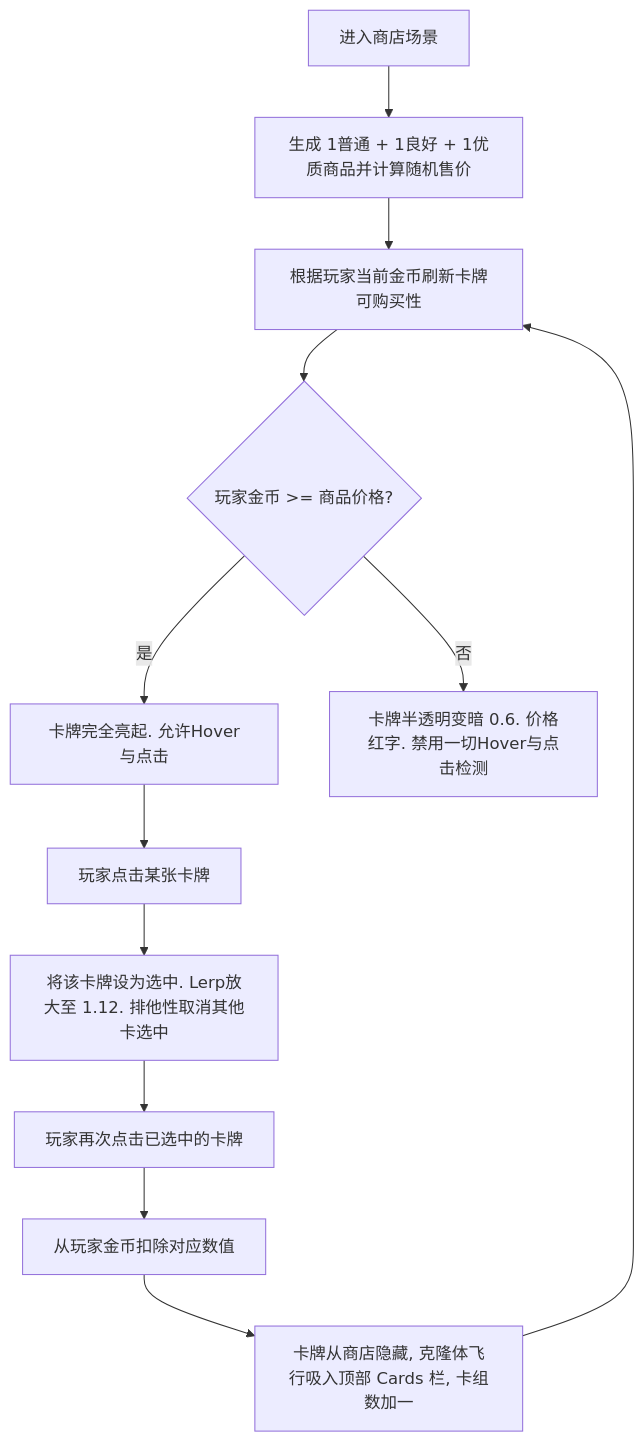
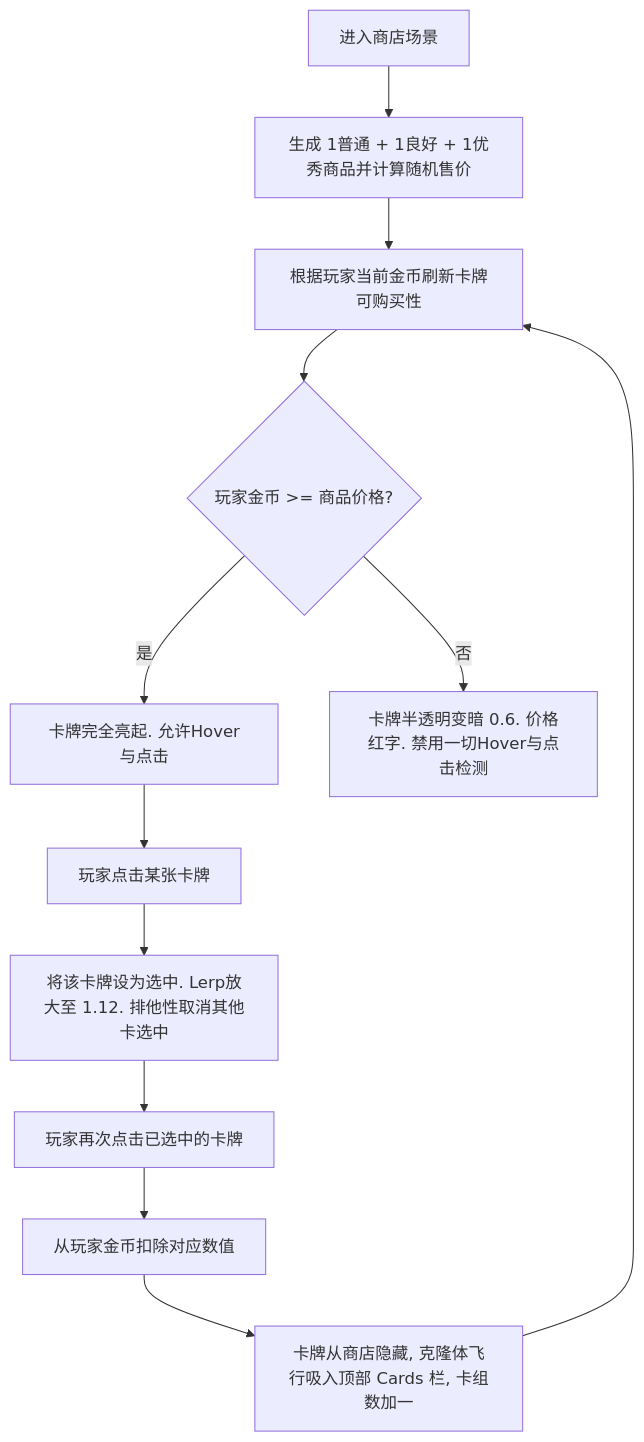
One commit to Royallseal/card-glucose-master changed the diagram in docs/design_economy_system.md. Above: the diagram before and after it, drawn with Mermaid. The commit also changed other lines of this file and 2 other files, not shown here.

````diff
--- a/docs/design_economy_system.md
+++ b/docs/design_economy_system.md
@@ -88,15 +88,15 @@
 ```mermaid
 graph TD
-    A[进入商店场景] --> B[生成 1普通 + 1良好 + 1优质商品并计算随机售价]
+    A[进入商店场景] --> B[生成 1普通 + 1良好 + 1优秀商品并计算随机售价]
     B --> C[根据玩家当前金币刷新卡牌可购买性]
     C --> D{玩家金币 >= 商品价格?}
     D -- 是 --> E[卡牌完全亮起. 允许Hover与点击]
     D -- 否 --> F[卡牌半透明变暗 0.6. 价格红字. 禁用一切Hover与点击检测]
     
     E --> G[玩家点击某张卡牌]
     G --> H[将该卡牌设为选中. Lerp放大至 1.12. 排他性取消其他卡选中]
     H --> I[玩家再次点击已选中的卡牌]
     I --> J[从玩家金币扣除对应数值]
     J --> K[卡牌从商店隐藏, 克隆体飞行吸入顶部 Cards 栏, 卡组数加一]
     K --> C
 ```
````
